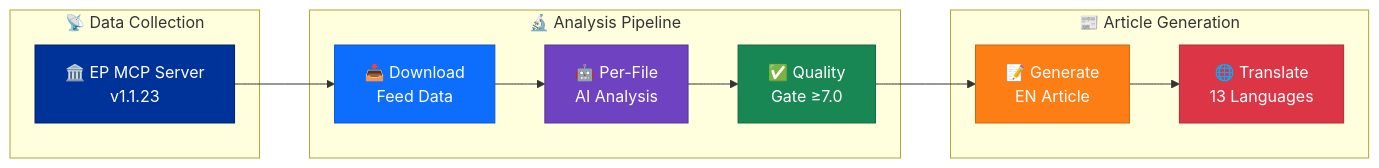
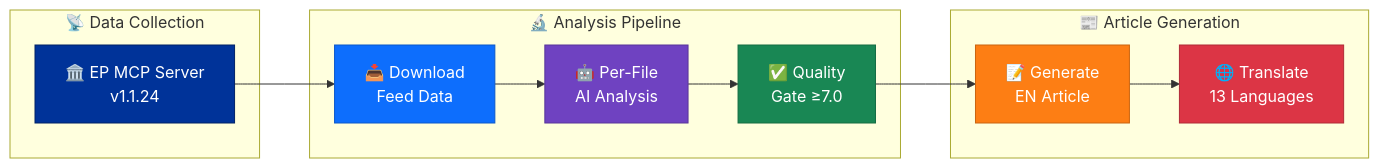
One commit to Hack23/euparliamentmonitor changed the first of 7 diagrams in docs/api/media/README-3.md. Above: the diagram before and after it, drawn with Mermaid. The commit also changed other lines of this file and 29 other files, not shown here.

First line of the commit message:
chore: bump EP MCP server refs to 1.1.24 across workflows and docs

````diff
--- a/docs/api/media/README-3.md
+++ b/docs/api/media/README-3.md
@@ -59,26 +59,26 @@
 ```mermaid
 flowchart LR
     subgraph "📡 Data Collection"
-        EP["🏛️ EP MCP Server\nv1.1.23"]
+        EP["🏛️ EP MCP Server\nv1.1.24"]
     end
 
     subgraph "🔬 Analysis Pipeline"
         DL["📥 Download\nFeed Data"]
         AI["🤖 Per-File\nAI Analysis"]
         QG["✅ Quality\nGate ≥7.0"]
     end
 
     subgraph "📰 Article Generation"
         GEN["📝 Generate\nEN Article"]
         TR["🌐 Translate\n13 Languages"]
     end
 
     EP --> DL --> AI --> QG --> GEN --> TR
 
     style EP fill:#003399,stroke:#002266,color:#fff
     style DL fill:#0d6efd,stroke:#0a58ca,color:#fff
     style AI fill:#6f42c1,stroke:#59359a,color:#fff
     style QG fill:#198754,stroke:#146c43,color:#fff
     style GEN fill:#fd7e14,stroke:#ca6510,color:#fff
     style TR fill:#dc3545,stroke:#b02a37,color:#fff
 ```
````
